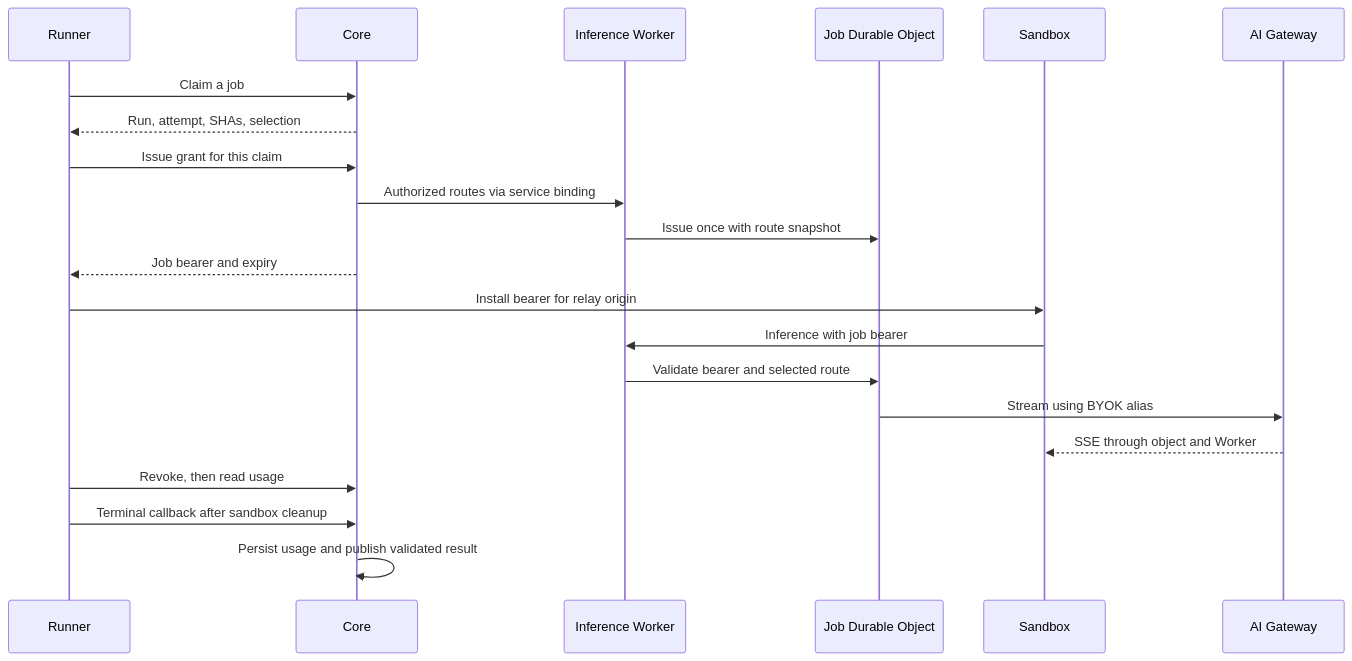
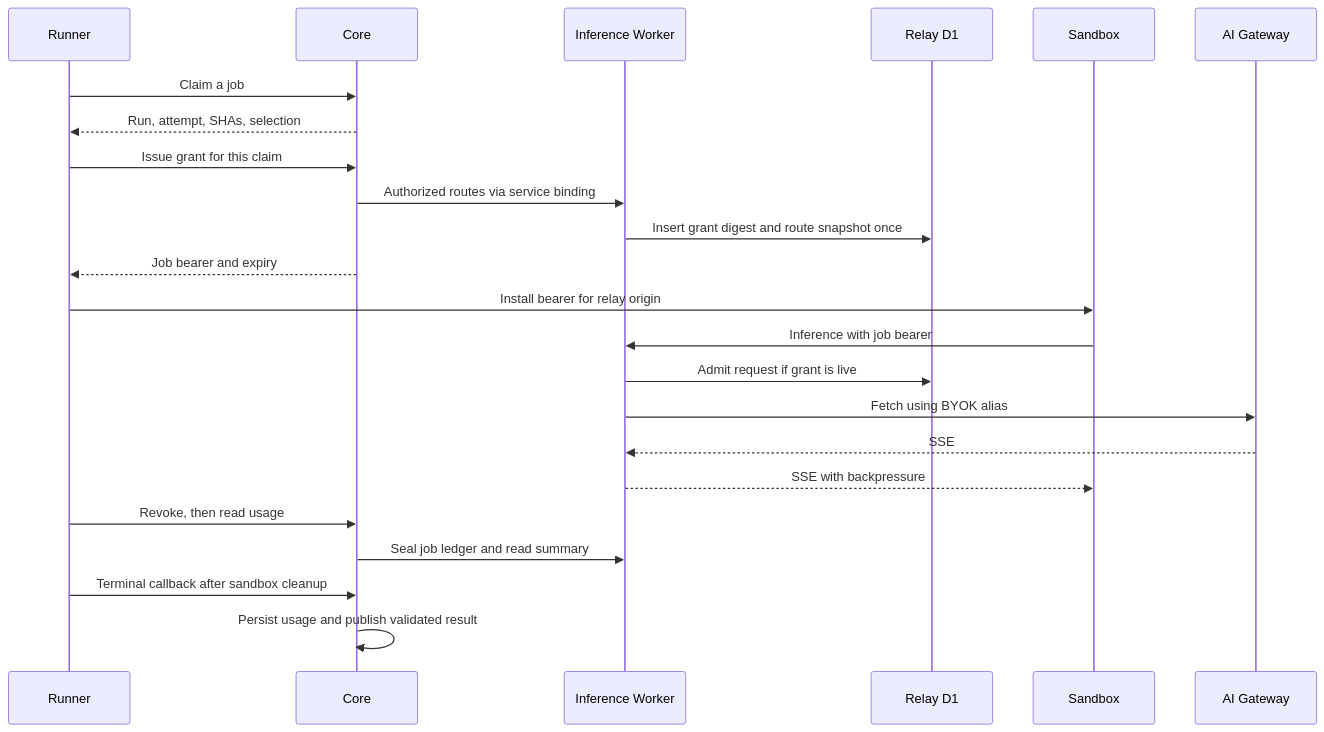
The diagram in docs/gateway-relay-design.md (ariga39/compte-rendu), drawn with Mermaid before and after one commit. The commit also changed other lines of this file, not shown here.

Commit message:
docs: use D1 for relay grants and record lease incident history

````diff
--- a/docs/gateway-relay-design.md
+++ b/docs/gateway-relay-design.md
@@ -22,23 +28,25 @@
 ```mermaid
 sequenceDiagram
     participant R as Runner
     participant C as Core
     participant W as Inference Worker
-    participant J as Job Durable Object
+    participant D as Relay D1
     participant S as Sandbox
     participant G as AI Gateway
     R->>C: Claim a job
     C-->>R: Run, attempt, SHAs, selection
     R->>C: Issue grant for this claim
     C->>W: Authorized routes via service binding
-    W->>J: Issue once with route snapshot
+    W->>D: Insert grant digest and route snapshot once
     C-->>R: Job bearer and expiry
     R->>S: Install bearer for relay origin
     S->>W: Inference with job bearer
-    W->>J: Validate bearer and selected route
-    J->>G: Stream using BYOK alias
-    G-->>S: SSE through object and Worker
+    W->>D: Admit request if grant is live
+    W->>G: Fetch using BYOK alias
+    G-->>W: SSE
+    W-->>S: SSE with backpressure
     R->>C: Revoke, then read usage
+    C->>W: Seal job ledger and read summary
     R->>C: Terminal callback after sandbox cleanup
     C->>C: Persist usage and publish validated result
 ```
````
